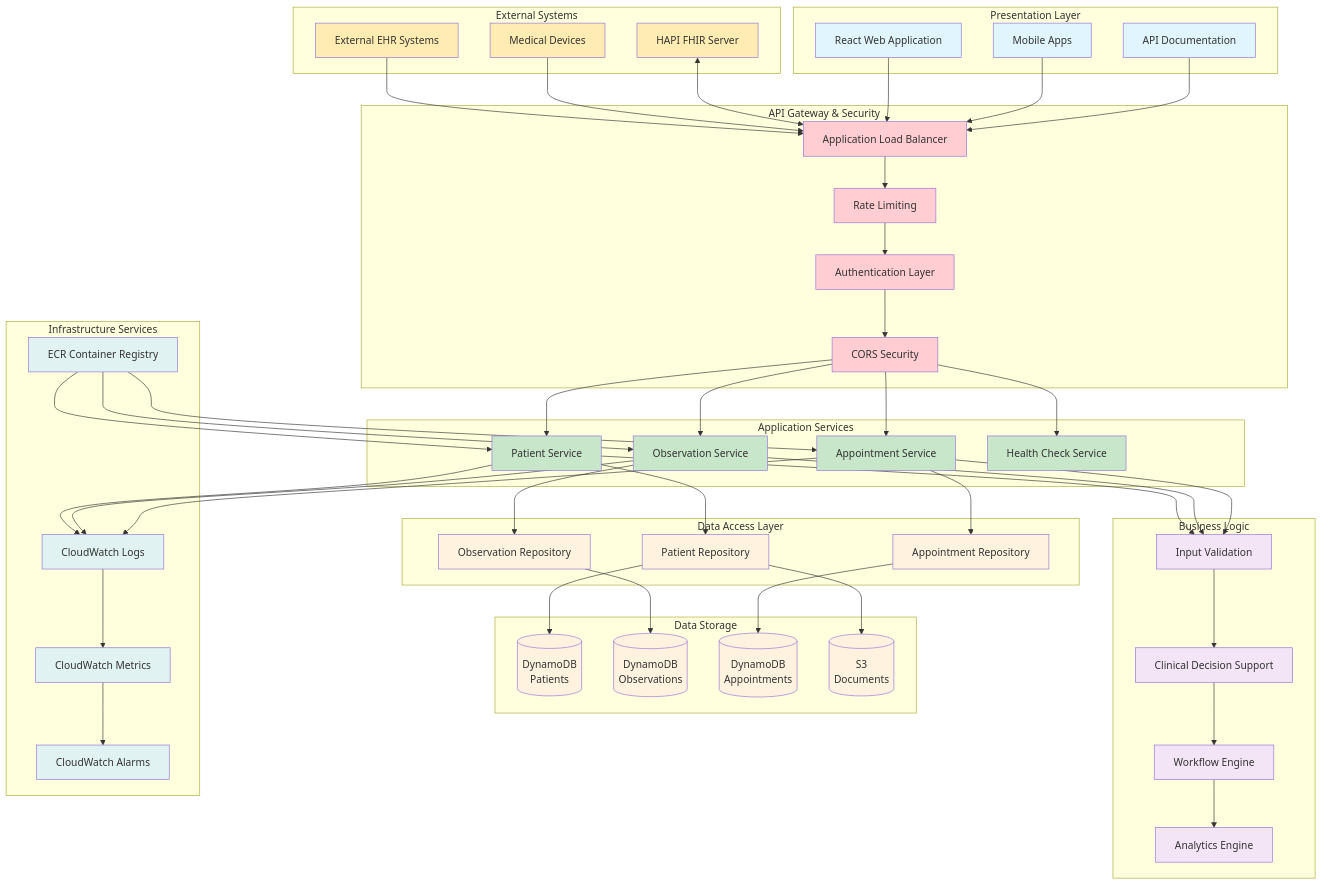
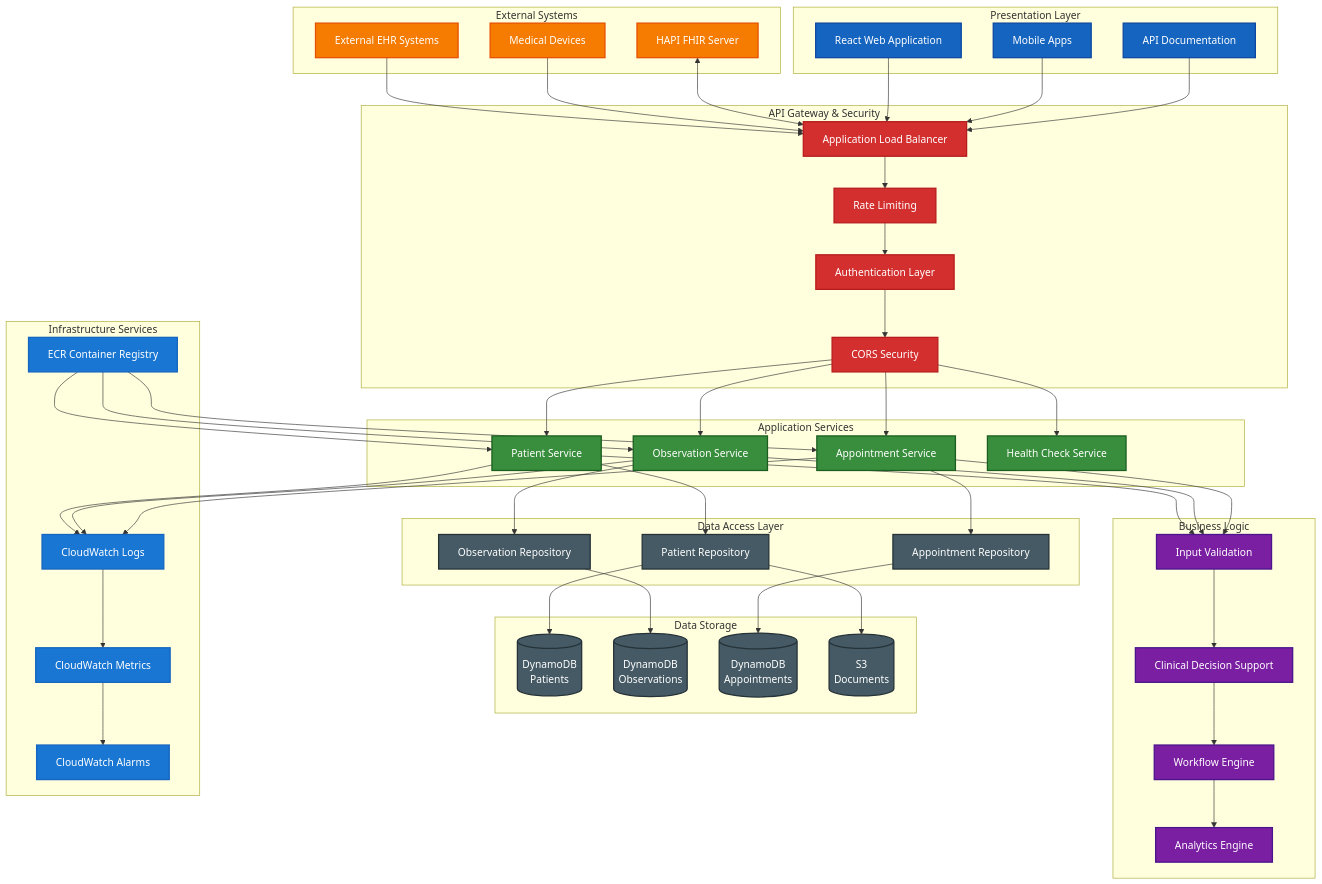
Before and after one commit to stevenscain/fhir-demo-node: the first of 5 diagrams in docs/ARCHITECTURE_DIAGRAMS.md, drawn with Mermaid. The commit also changed other lines of this file and 2 other files, not shown here.

First line of the commit message:
style: Improve Mermaid diagram readability with high-contrast colors

```diff
--- a/docs/ARCHITECTURE_DIAGRAMS.md
+++ b/docs/ARCHITECTURE_DIAGRAMS.md
@@ -116,13 +116,13 @@
     ECR --> APPT_SVC
 
     %% Styling
-    classDef external fill:#ffecb3
-    classDef presentation fill:#e1f5fe
-    classDef security fill:#ffcdd2
-    classDef service fill:#c8e6c9
-    classDef logic fill:#f3e5f5
-    classDef data fill:#fff3e0
-    classDef infra fill:#e0f2f1
+    classDef external fill:#F57C00,stroke:#E65100,stroke-width:2px,color:#FFFFFF
+    classDef presentation fill:#1565C0,stroke:#0D47A1,stroke-width:2px,color:#FFFFFF
+    classDef security fill:#D32F2F,stroke:#B71C1C,stroke-width:2px,color:#FFFFFF
+    classDef service fill:#388E3C,stroke:#1B5E20,stroke-width:2px,color:#FFFFFF
+    classDef logic fill:#7B1FA2,stroke:#4A148C,stroke-width:2px,color:#FFFFFF
+    classDef data fill:#455A64,stroke:#263238,stroke-width:2px,color:#FFFFFF
+    classDef infra fill:#1976D2,stroke:#1565C0,stroke-width:2px,color:#FFFFFF
 
     class EHR,DEVICES,HAPI external
     class WEB,MOBILE,API_DOCS presentation
```
